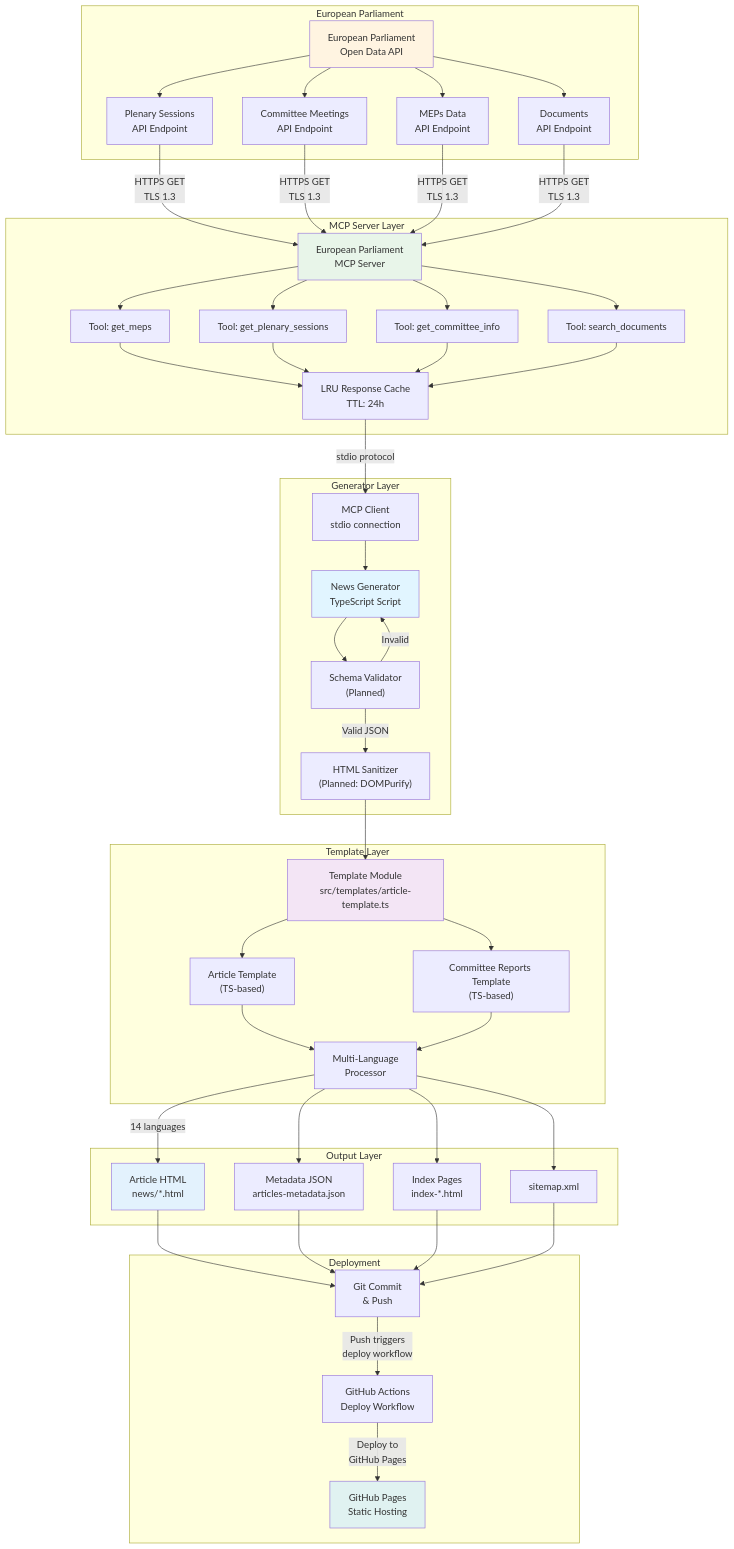
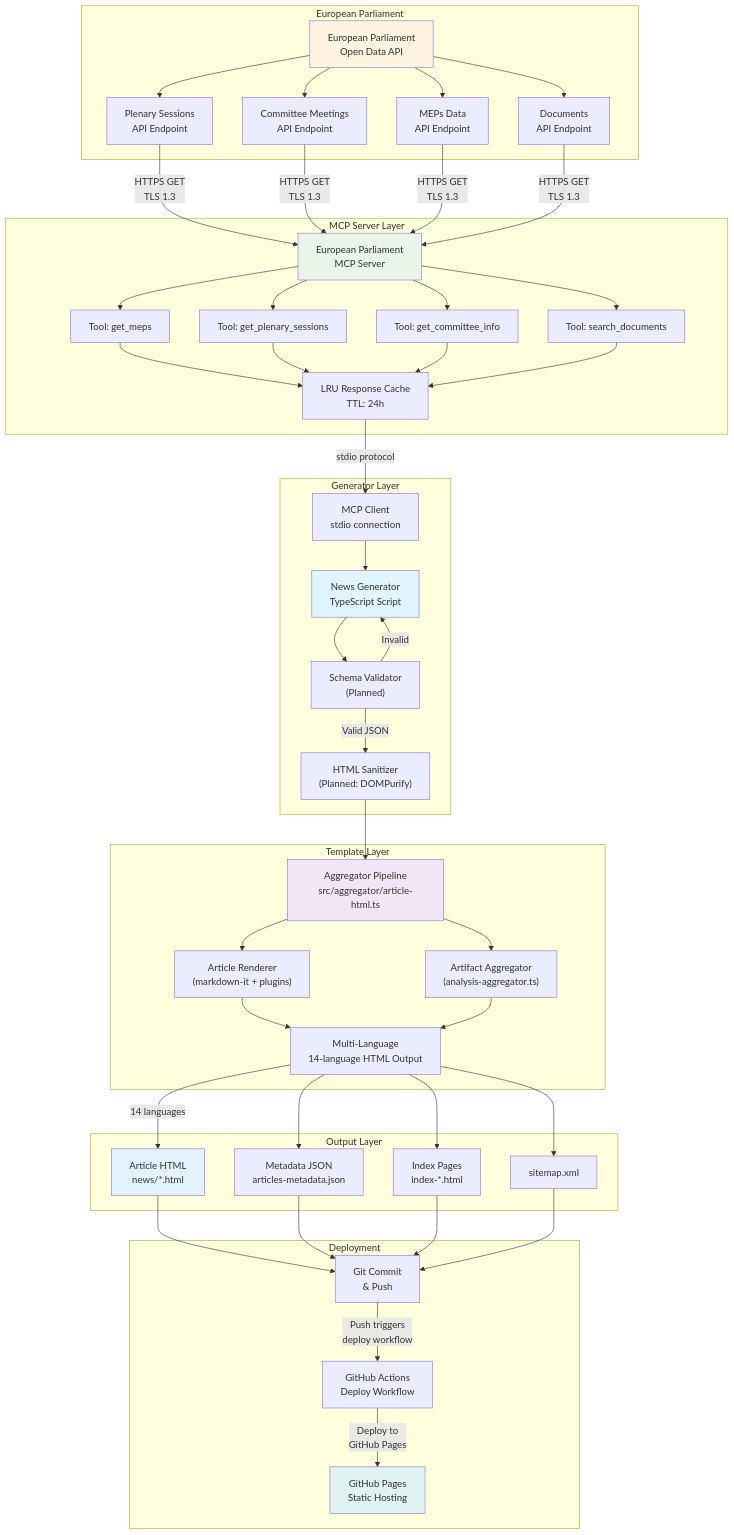
The sixth of 9 diagrams in DATA_MODEL.md (Hack23/euparliamentmonitor), drawn with Mermaid before and after one commit. The commit also changed other lines of this file and 2 other files, not shown here.

```diff
--- a/DATA_MODEL.md
+++ b/DATA_MODEL.md
@@ -1164,10 +1164,10 @@
     end
 
     subgraph "Template Layer"
-        TEMPLATE_ENGINE["Template Module<br/>src/templates/article-template.ts"]
-        TEMPLATE_WEEK["Article Template<br/>(TS-based)"]
-        TEMPLATE_COMMITTEE["Committee Reports Template<br/>(TS-based)"]
-        LANGUAGE_PROCESSOR["Multi-Language<br/>Processor"]
+        TEMPLATE_ENGINE["Aggregator Pipeline<br/>src/aggregator/article-html.ts"]
+        TEMPLATE_WEEK["Article Renderer<br/>(markdown-it + plugins)"]
+        TEMPLATE_COMMITTEE["Artifact Aggregator<br/>(analysis-aggregator.ts)"]
+        LANGUAGE_PROCESSOR["Multi-Language<br/>14-language HTML Output"]
     end
 
     subgraph "Output Layer"
```
